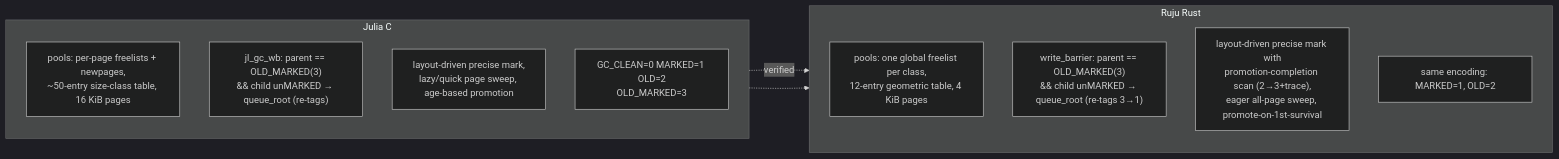
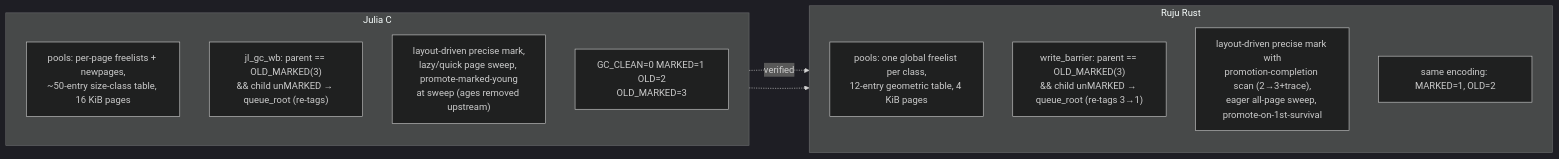
One commit to andy-emerson/Ruju changed the eighth of 8 diagrams in design/implementation.md. Above: the diagram before and after it, drawn with Mermaid (dark theme). The commit also changed other lines of this file and 3 other files, not shown here.

````diff
--- a/design/implementation.md
+++ b/design/implementation.md
@@ -454,19 +454,19 @@
 ```mermaid
 flowchart LR
     subgraph C["Julia C"]
         direction TB
         CGS["pools: per-page freelists + newpages,<br/>~50-entry size-class table, 16 KiB pages"]
         CWB["jl_gc_wb: parent == OLD_MARKED(3)<br/>&& child unMARKED → queue_root (re-tags)"]
-        CMK["layout-driven precise mark,<br/>lazy/quick page sweep, age-based promotion"]
+        CMK["layout-driven precise mark,<br/>lazy/quick page sweep, promote-marked-young<br/>at sweep (ages removed upstream)"]
         CST["GC_CLEAN=0 MARKED=1 OLD=2<br/>OLD_MARKED=3"]
     end
     subgraph R["Ruju Rust"]
         direction TB
         RGS["pools: one global freelist per class,<br/>12-entry geometric table, 4 KiB pages"]
         RWB["write_barrier: parent == OLD_MARKED(3)<br/>&& child unMARKED → queue_root (re-tags 3→1)"]
         RMK["layout-driven precise mark with<br/>promotion-completion scan (2→3+trace),<br/>eager all-page sweep, promote-on-1st-survival"]
         RST["same encoding: MARKED=1, OLD=2"]
     end
     CST -.->|verified| RST
     CMK -.-> RMK
 ```
````
